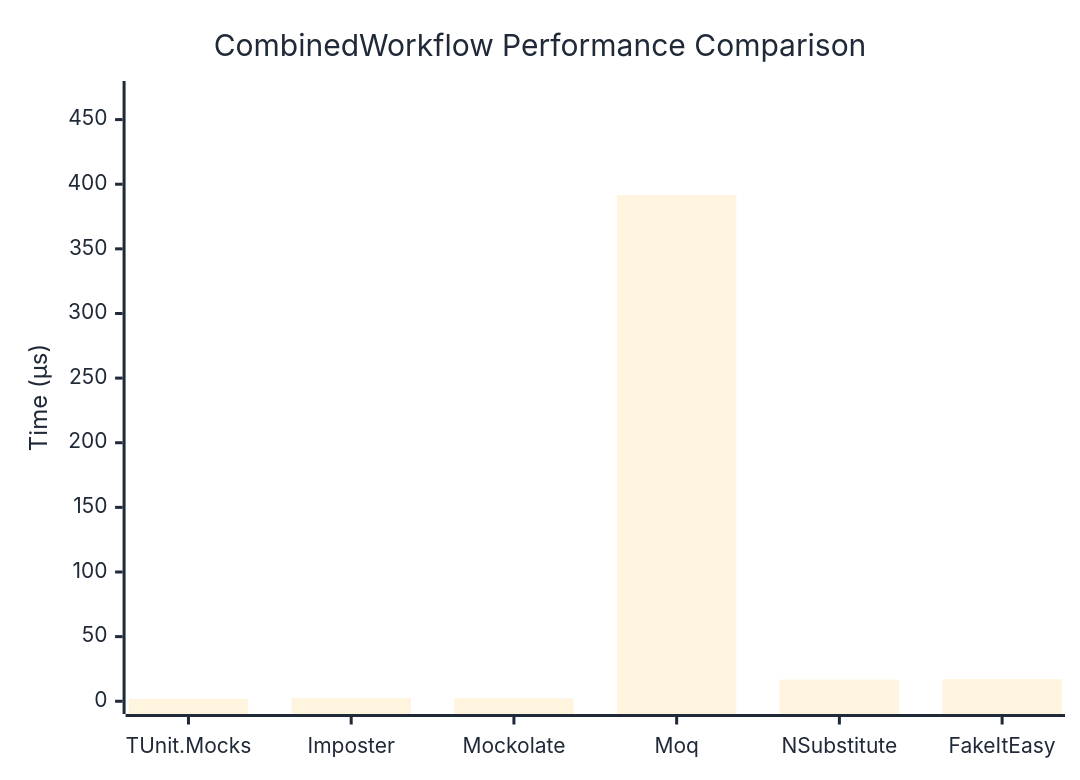
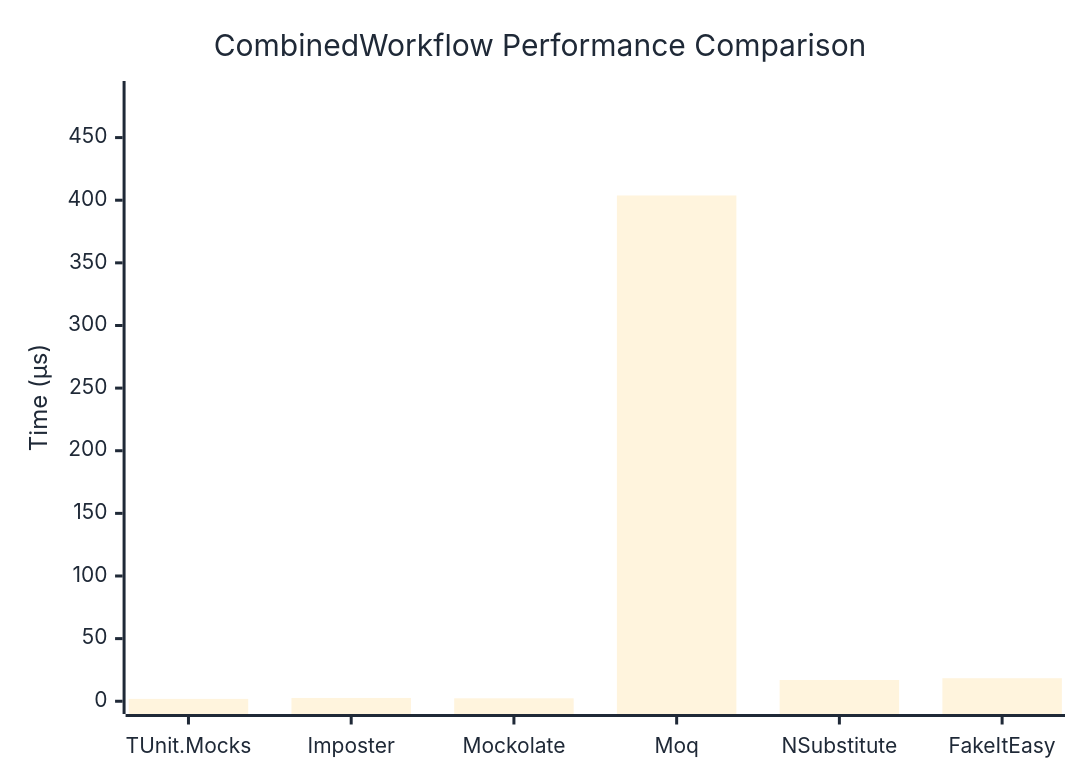
Before and after one commit to thomhurst/TUnit: the diagram in docs/docs/benchmarks/mocks/CombinedWorkflow.md, drawn with Mermaid. The commit also changed other lines of this file and 14 other files, not shown here.

````diff
--- a/docs/docs/benchmarks/mocks/CombinedWorkflow.md
+++ b/docs/docs/benchmarks/mocks/CombinedWorkflow.md
@@ -28,27 +28,27 @@
 ```mermaid
 %%{init: {
   'theme':'base',
   'themeVariables': {
     'primaryColor': '#2563eb',
     'primaryTextColor': '#1f2937',
     'primaryBorderColor': '#1e40af',
     'lineColor': '#6b7280',
     'secondaryColor': '#7c3aed',
     'tertiaryColor': '#dc2626',
     'background': '#ffffff',
     'pie1': '#2563eb',
     'pie2': '#7c3aed',
     'pie3': '#dc2626',
     'pie4': '#f59e0b',
     'pie5': '#10b981',
     'pie6': '#06b6d4',
     'pie7': '#ec4899',
     'pie8': '#6366f1'
   }
 }}%%
 xychart-beta
   title "CombinedWorkflow Performance Comparison"
   x-axis ["TUnit.Mocks", "Imposter", "Mockolate", "Moq", "NSubstitute", "FakeItEasy"]
-  y-axis "Time (μs)" 0 --> 470
-  bar [1.84, 2.452, 2.303, 391.608, 16.725, 17.122]
+  y-axis "Time (μs)" 0 --> 485
+  bar [1.864, 2.623, 2.346, 403.794, 16.942, 18.39]
 ```
````
